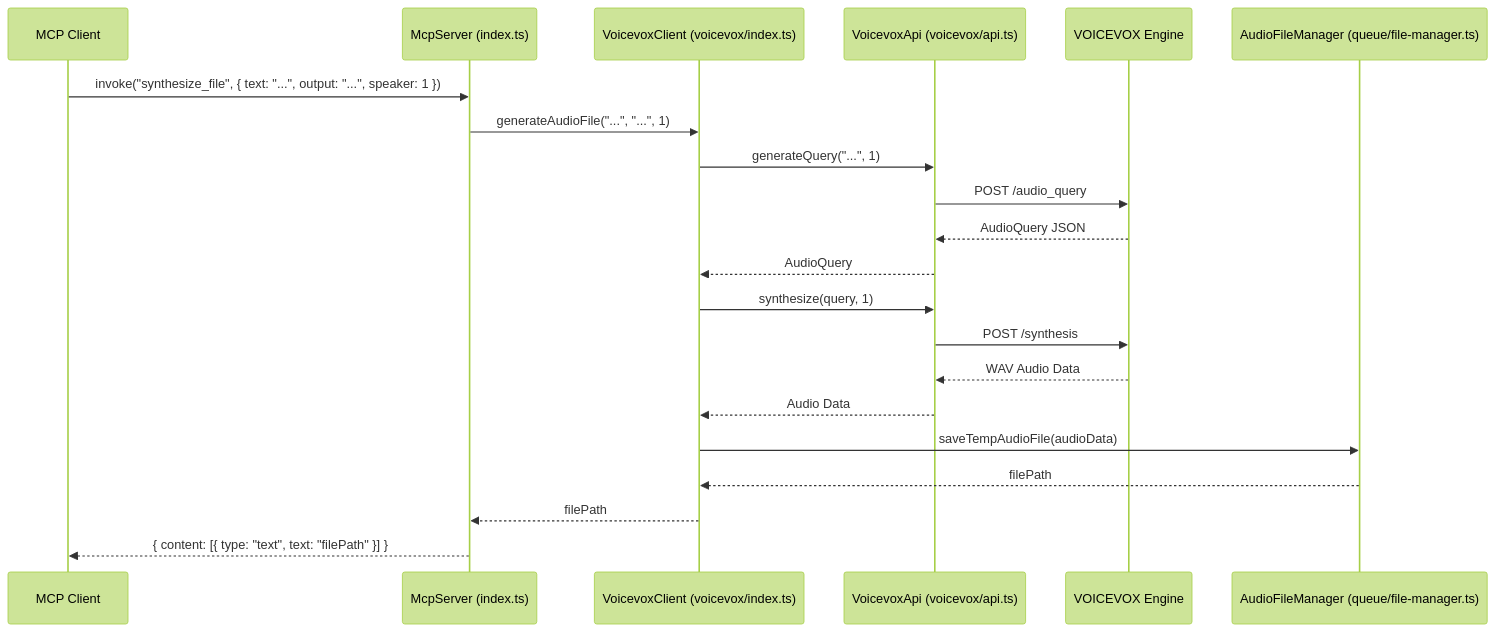
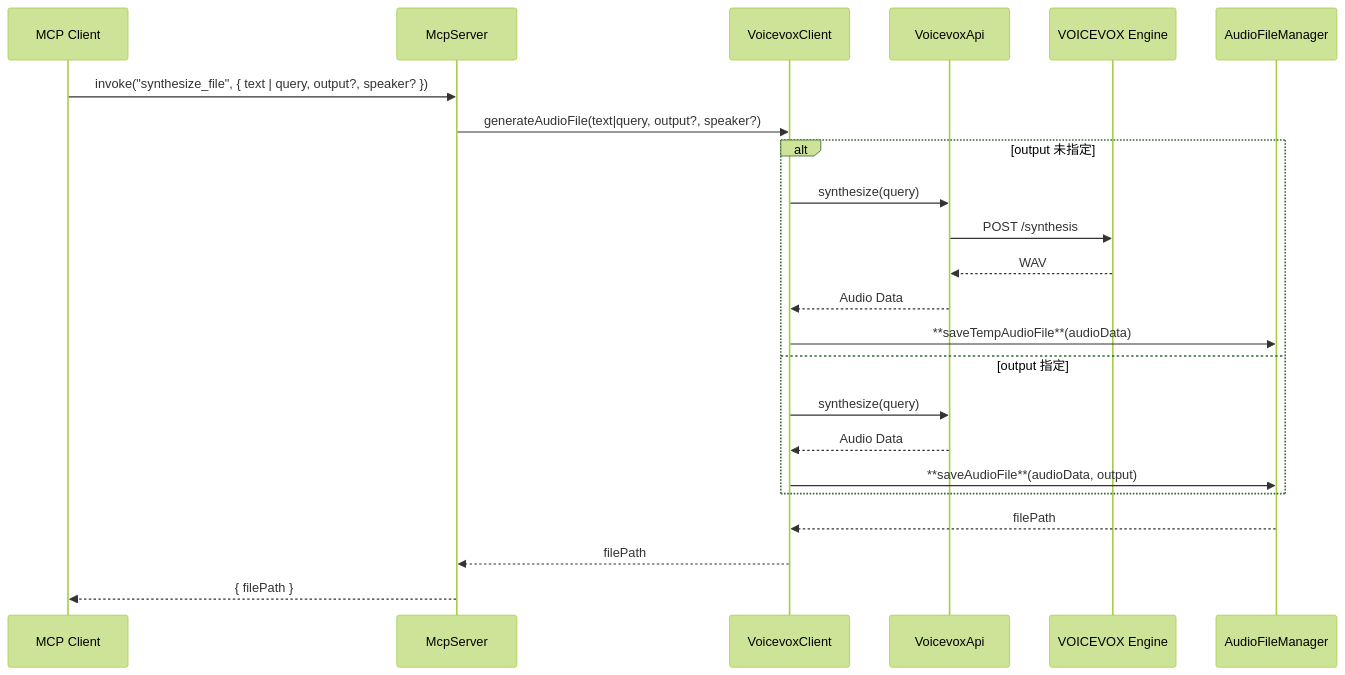
One commit to nichiki/mcp-tts-voicevox changed the third of 5 diagrams in docs/diagrams.md. Above: the diagram before and after it, drawn with Mermaid (forest theme). The commit also changed other lines of this file and 2 other files, not shown here.

Commit message:
chore: バージョン番号と図解ドキュメントを更新

````diff
--- a/docs/diagrams.md
+++ b/docs/diagrams.md
@@ -80,27 +80,26 @@
 ```mermaid
 sequenceDiagram
-    participant Client as MCP Client
-    participant Server as McpServer (index.ts)
-    participant VClient as VoicevoxClient (voicevox/index.ts)
-    participant VApi as VoicevoxApi (voicevox/api.ts)
-    participant Engine as VOICEVOX Engine
-    participant FileManager as AudioFileManager (queue/file-manager.ts)
+    participant Client as MCP Client
+    participant Server as McpServer
+    participant VClient as VoicevoxClient
+    participant VApi as VoicevoxApi
+    participant Engine as VOICEVOX Engine
+    participant FileMgr as AudioFileManager
 
-    Client->>Server: invoke("synthesize_file", { text: "...", output: "...", speaker: 1 })
-    Server->>VClient: generateAudioFile("...", "...", 1)
-    VClient->>VApi: generateQuery("...", 1)
-    VApi->>Engine: POST /audio_query
-    Engine-->>VApi: AudioQuery JSON
-    VApi-->>VClient: AudioQuery
-    
-    VClient->>VApi: synthesize(query, 1)
-    VApi->>Engine: POST /synthesis
-    Engine-->>VApi: WAV Audio Data
-    VApi-->>VClient: Audio Data
-    
-    VClient->>FileManager: saveTempAudioFile(audioData)
-    FileManager-->>VClient: filePath
-    
+    Client->>Server: invoke("synthesize_file", { text | query, output?, speaker? })
+    Server->>VClient: generateAudioFile(text|query, output?, speaker?)
+    alt output 未指定
+        VClient->>VApi: synthesize(query)
+        VApi->>Engine: POST /synthesis
+        Engine-->>VApi: WAV
+        VApi-->>VClient: Audio Data
+        VClient->>FileMgr: **saveTempAudioFile**(audioData)
+    else output 指定
+        VClient->>VApi: synthesize(query)
+        VApi-->>VClient: Audio Data
+        VClient->>FileMgr: **saveAudioFile**(audioData, output)
+    end
+    FileMgr-->>VClient: filePath
     VClient-->>Server: filePath
-    Server-->>Client: { content: [{ type: "text", text: "filePath" }] }
+    Server-->>Client: { filePath }
 ```
````
